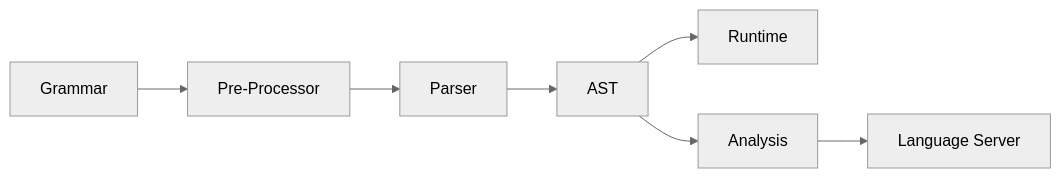
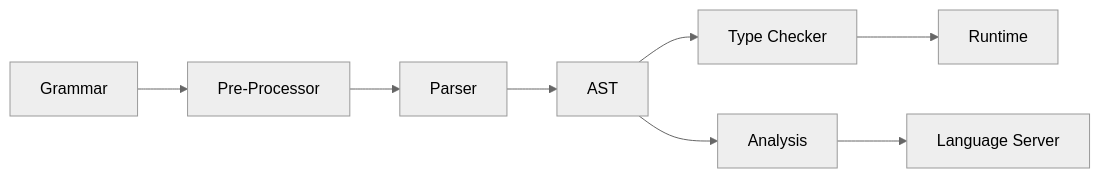
The diagram in docs/topsy-turvy/docs/concepts/index.md (BHazel/topsy-turvy-lang), drawn with Mermaid (neutral theme) before and after one commit. The commit also changed other lines of this file and 71 other files, not shown here.

````diff
--- a/docs/topsy-turvy/docs/concepts/index.md
+++ b/docs/topsy-turvy/docs/concepts/index.md
@@ -17,22 +18,24 @@
 ```mermaid
 flowchart LR
     G["Grammar"]
     PP["Pre-Processor"]
     P["Parser"]
     AST["AST"]
+    TC["Type Checker"]
     R["Runtime"]
     A["Analysis"]
     LS["Language Server"]
 
     G --> PP --> P --> AST
-    AST --> R
+    AST --> TC --> R
     AST --> A --> LS
 
     click G "./grammar"
     click PP "./pre-processor"
     click P "./parser"
     click AST "./ast"
+    click TC "./type-checker"
     click R "./runtime"
     click A "./analysis"
     click LS "./language-server"
 ```
````
